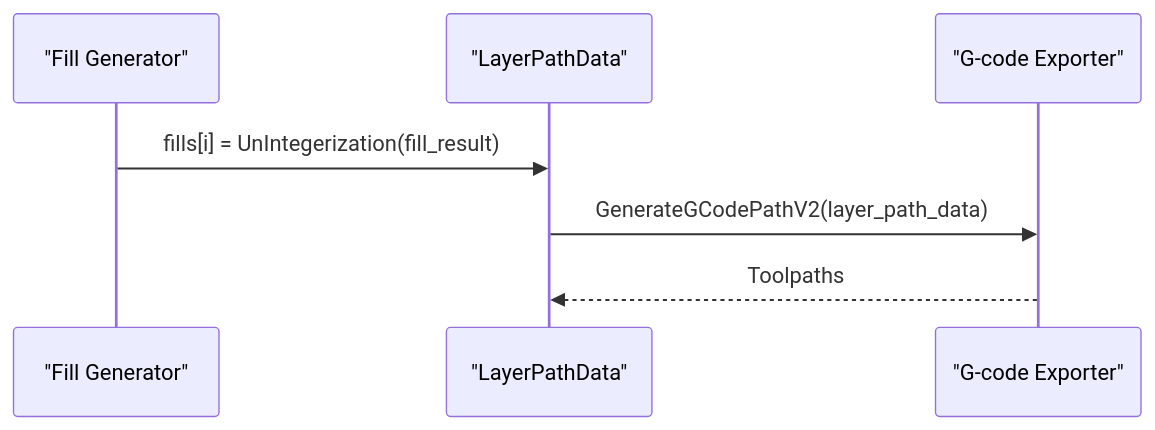
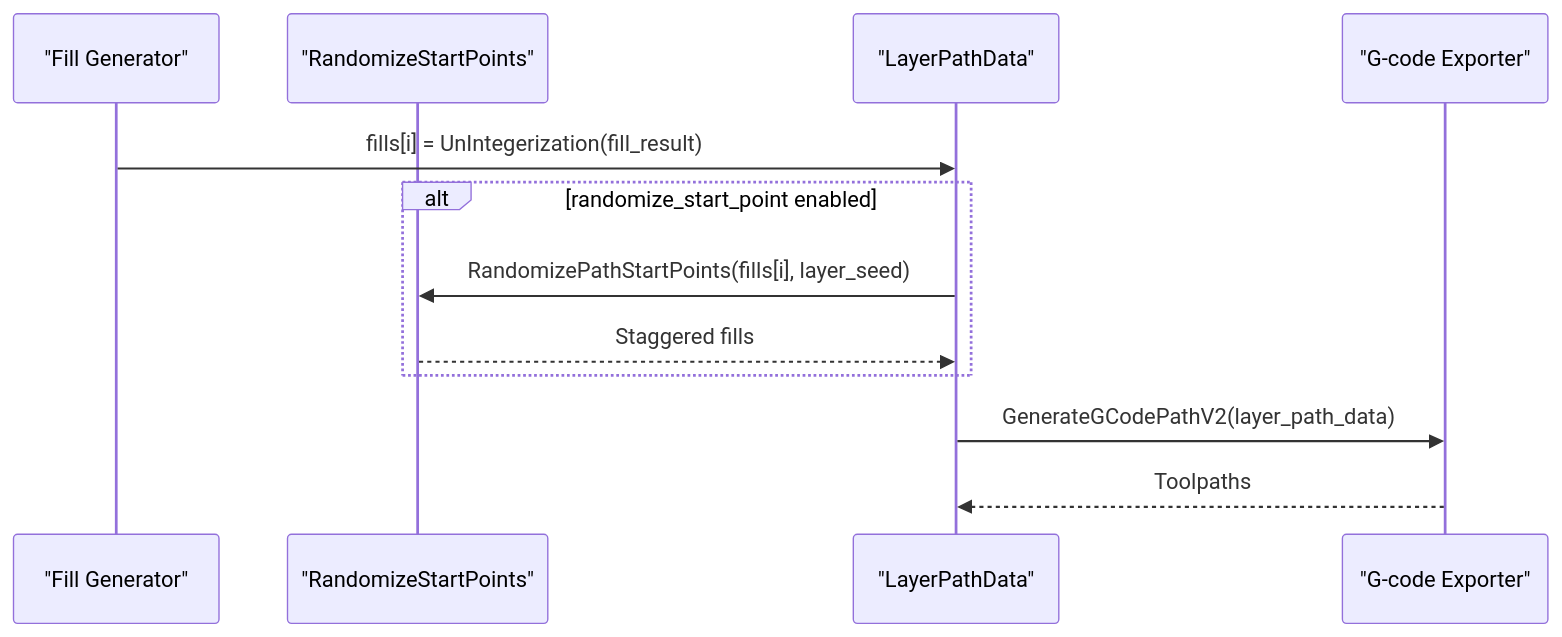
Before and after one commit to hsmbanlance/HsBaSlicer: diagram 14 of 14 in .qoder/repowiki/en/content/Core Modules/2D Geometry Engine (2D_)/Polygon Fill Algorithms.md, drawn with Mermaid. The commit also changed other lines of this file and 365 other files, not shown here.

````diff
--- a/.qoder/repowiki/en/content/Core Modules/2D Geometry Engine (2D_)/Polygon Fill Algorithms.md
+++ b/.qoder/repowiki/en/content/Core Modules/2D Geometry Engine (2D_)/Polygon Fill Algorithms.md
@@ -509,9 +601,14 @@
 ```mermaid
 sequenceDiagram
 participant Fill as "Fill Generator"
+participant Randomizer as "RandomizeStartPoints"
 participant Layers as "LayerPathData"
 participant Export as "G-code Exporter"
 Fill->>Layers : fills[i] = UnIntegerization(fill_result)
+alt randomize_start_point enabled
+Layers->>Randomizer : RandomizePathStartPoints(fills[i], layer_seed)
+Randomizer-->>Layers : Staggered fills
+end
 Layers->>Export : GenerateGCodePathV2(layer_path_data)
 Export-->>Layers : Toolpaths
 ```
````
